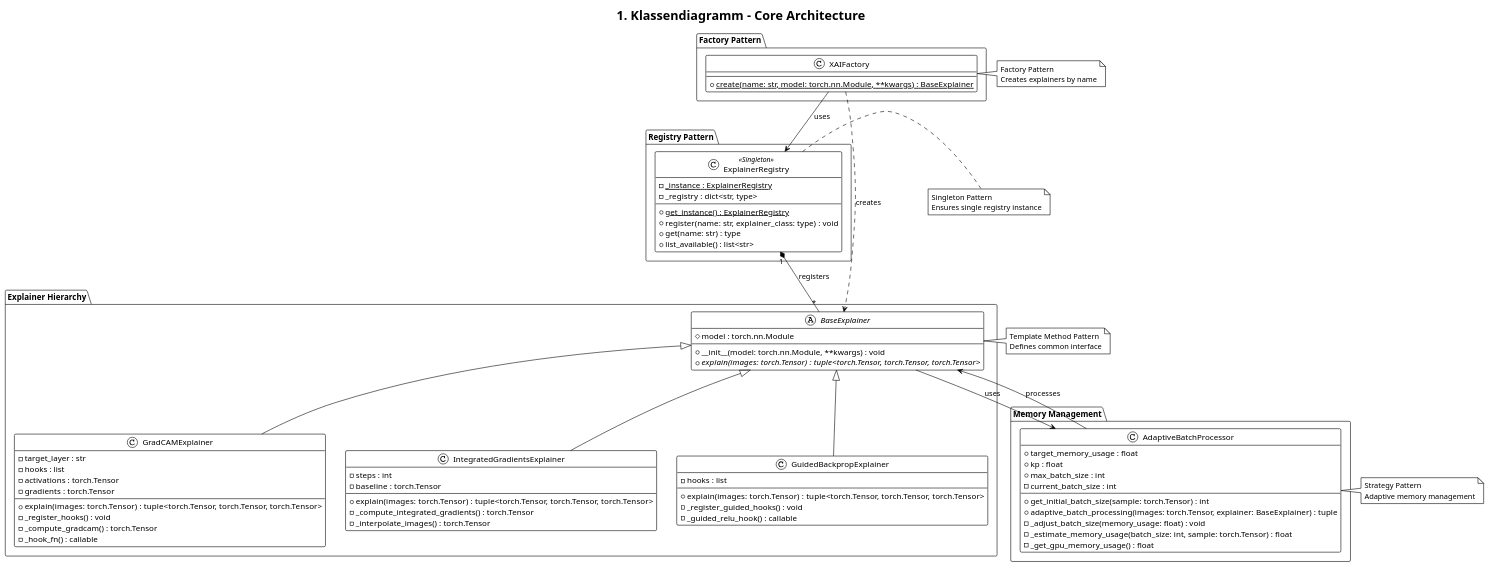
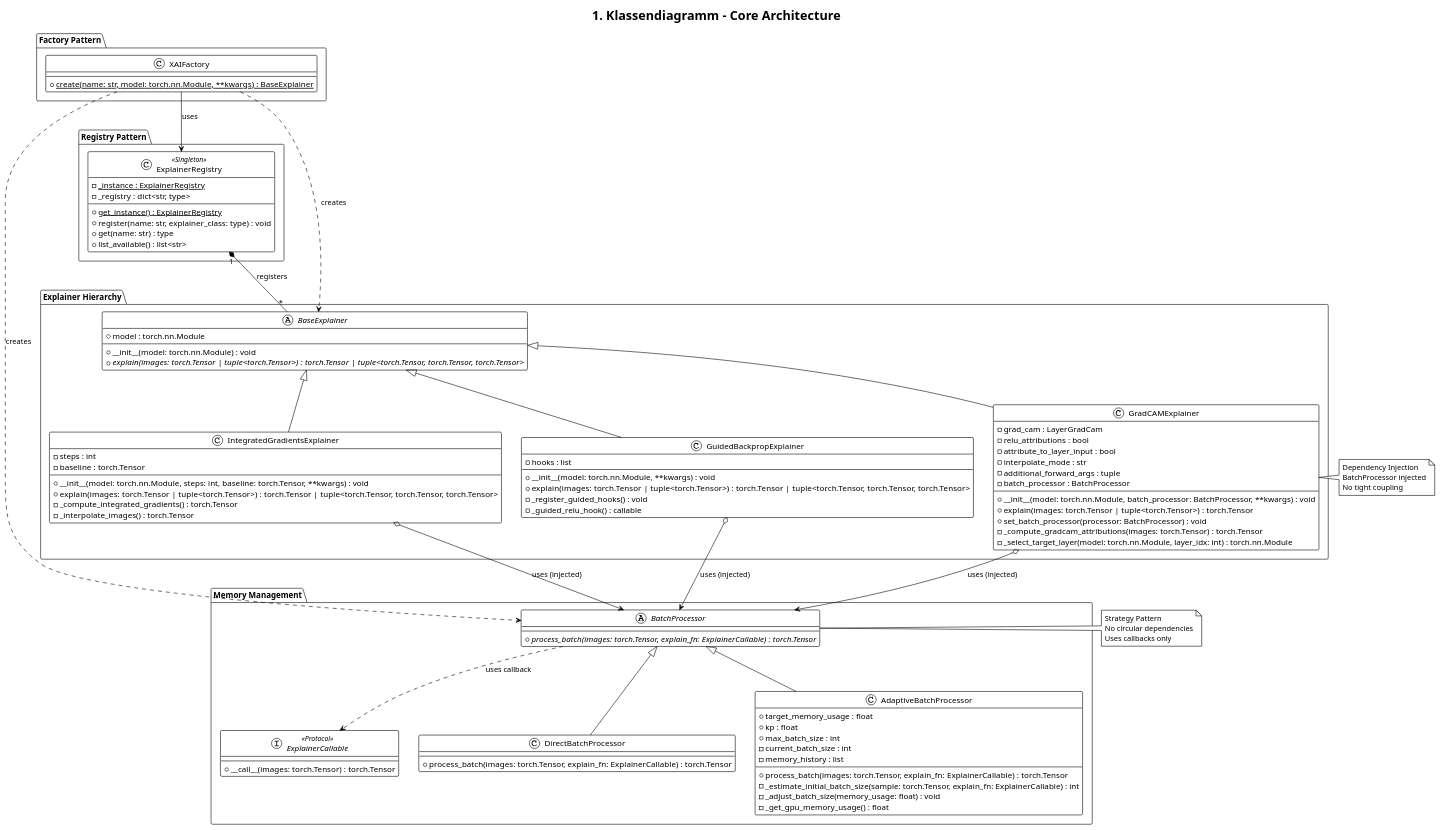
Before and after one commit to shum-panda/xai-eval-pipeline: the diagram in Documentation/puml/xai_factory_design/xai_factory_classdiagramm.puml, drawn with PlantUML. The commit also changed 8 other files, not shown here.

Commit message:
first Explainer, with MemoryManger in StartegyPattern, adjust classdiagramm to captum use, todo: registry

```diff
--- a/Documentation/puml/xai_factory_design/xai_factory_classdiagramm.puml
+++ b/Documentation/puml/xai_factory_design/xai_factory_classdiagramm.puml
@@ -1,91 +1,114 @@
 @startuml ClassDiagram_XAI_Factory_Core_Architecture
 !theme plain
 title 1. Klassendiagramm - Core Architecture
 
 package "Registry Pattern" {
     class ExplainerRegistry <<Singleton>> {
         - {static} _instance : ExplainerRegistry
         - _registry : dict<str, type>
         --
         + {static} get_instance() : ExplainerRegistry
         + register(name: str, explainer_class: type) : void
         + get(name: str) : type
         + list_available() : list<str>
     }
 }
 
 package "Factory Pattern" {
     class XAIFactory {
         + {static} create(name: str, model: torch.nn.Module, **kwargs) : BaseExplainer
     }
 }
 
 package "Explainer Hierarchy" {
     abstract class BaseExplainer {
         # model : torch.nn.Module
         --
-        + __init__(model: torch.nn.Module, **kwargs) : void
-        + {abstract} explain(images: torch.Tensor) : tuple<torch.Tensor, torch.Tensor, torch.Tensor>
+        + __init__(model: torch.nn.Module) : void
+        + {abstract} explain(images: torch.Tensor | tuple<torch.Tensor>) : torch.Tensor | tuple<torch.Tensor, torch.Tensor, torch.Tensor>
     }
 
     class GradCAMExplainer {
-        - target_layer : str
-        - hooks : list
-        - activations : torch.Tensor
-        - gradients : torch.Tensor
+        - grad_cam : LayerGradCam
+        - relu_attributions : bool
+        - attribute_to_layer_input : bool
+        - interpolate_mode : str
+        - additional_forward_args : tuple
+        - batch_processor : BatchProcessor
         --
-        + explain(images: torch.Tensor) : tuple<torch.Tensor, torch.Tensor, torch.Tensor>
-        - _register_hooks() : void
-        - _compute_gradcam() : torch.Tensor
-        - _hook_fn() : callable
+        + __init__(model: torch.nn.Module, batch_processor: BatchProcessor, **kwargs) : void
+        + explain(images: torch.Tensor | tuple<torch.Tensor>) : torch.Tensor
+        + set_batch_processor(processor: BatchProcessor) : void
+        - _compute_gradcam_attributions(images: torch.Tensor) : torch.Tensor
+        - _select_target_layer(model: torch.nn.Module, layer_idx: int) : torch.nn.Module
     }
 
     class IntegratedGradientsExplainer {
         - steps : int
         - baseline : torch.Tensor
         --
-        + explain(images: torch.Tensor) : tuple<torch.Tensor, torch.Tensor, torch.Tensor>
+        + __init__(model: torch.nn.Module, steps: int, baseline: torch.Tensor, **kwargs) : void
+        + explain(images: torch.Tensor | tuple<torch.Tensor>) : torch.Tensor | tuple<torch.Tensor, torch.Tensor, torch.Tensor>
         - _compute_integrated_gradients() : torch.Tensor
         - _interpolate_images() : torch.Tensor
     }
 
     class GuidedBackpropExplainer {
         - hooks : list
         --
-        + explain(images: torch.Tensor) : tuple<torch.Tensor, torch.Tensor, torch.Tensor>
+        + __init__(model: torch.nn.Module, **kwargs) : void
+        + explain(images: torch.Tensor | tuple<torch.Tensor>) : torch.Tensor | tuple<torch.Tensor, torch.Tensor, torch.Tensor>
         - _register_guided_hooks() : void
         - _guided_relu_hook() : callable
     }
 }
 
 package "Memory Management" {
+    interface ExplainerCallable <<Protocol>> {
+        + __call__(images: torch.Tensor) : torch.Tensor
+    }
+
+    abstract class BatchProcessor {
+        + {abstract} process_batch(images: torch.Tensor, explain_fn: ExplainerCallable) : torch.Tensor
+    }
+
+    class DirectBatchProcessor {
+        + process_batch(images: torch.Tensor, explain_fn: ExplainerCallable) : torch.Tensor
+    }
+
     class AdaptiveBatchProcessor {
         + target_memory_usage : float
         + kp : float
         + max_batch_size : int
         - current_batch_size : int
+        - memory_history : list
         --
-        + get_initial_batch_size(sample: torch.Tensor) : int
-        + adaptive_batch_processing(images: torch.Tensor, explainer: BaseExplainer) : tuple
+        + process_batch(images: torch.Tensor, explain_fn: ExplainerCallable) : torch.Tensor
+        - _estimate_initial_batch_size(sample: torch.Tensor, explain_fn: ExplainerCallable) : int
         - _adjust_batch_size(memory_usage: float) : void
-        - _estimate_memory_usage(batch_size: int, sample: torch.Tensor) : float
         - _get_gpu_memory_usage() : float
     }
 }
 
-' Relationships
+' Relationships - Strategy Pattern (KEINE zirkulären Abhängigkeiten)
 XAIFactory --> ExplainerRegistry : uses
 XAIFactory ..> BaseExplainer : creates
+XAIFactory ..> BatchProcessor : creates
 ExplainerRegistry "1" *-- "*" BaseExplainer : registers
 BaseExplainer <|-- GradCAMExplainer
 BaseExplainer <|-- IntegratedGradientsExplainer
 BaseExplainer <|-- GuidedBackpropExplainer
-BaseExplainer --> AdaptiveBatchProcessor : uses
-AdaptiveBatchProcessor --> BaseExplainer : processes
 
-note right of ExplainerRegistry : Singleton Pattern\nEnsures single registry instance
-note right of XAIFactory : Factory Pattern\nCreates explainers by name
-note right of BaseExplainer : Template Method Pattern\nDefines common interface
-note right of AdaptiveBatchProcessor : Strategy Pattern\nAdaptive memory management
+' Strategy Pattern - Dependency Injection
+GradCAMExplainer o--> BatchProcessor : uses (injected)
+IntegratedGradientsExplainer o--> BatchProcessor : uses (injected)
+GuidedBackpropExplainer o--> BatchProcessor : uses (injected)
+
+BatchProcessor <|-- DirectBatchProcessor
+BatchProcessor <|-- AdaptiveBatchProcessor
+BatchProcessor ..> ExplainerCallable : uses callback
+
+note right of BatchProcessor : Strategy Pattern\nNo circular dependencies\nUses callbacks only
+note right of GradCAMExplainer : Dependency Injection\nBatchProcessor injected\nNo tight coupling
 
 @enduml
```
